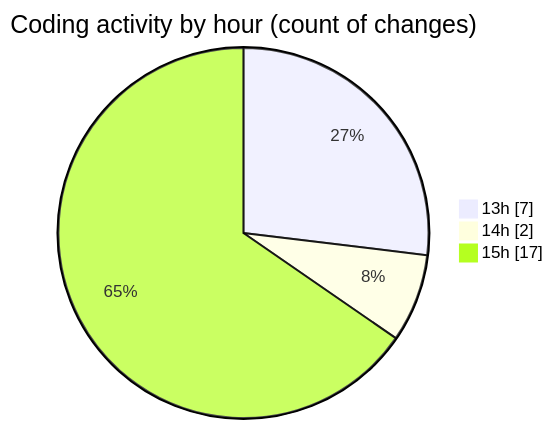
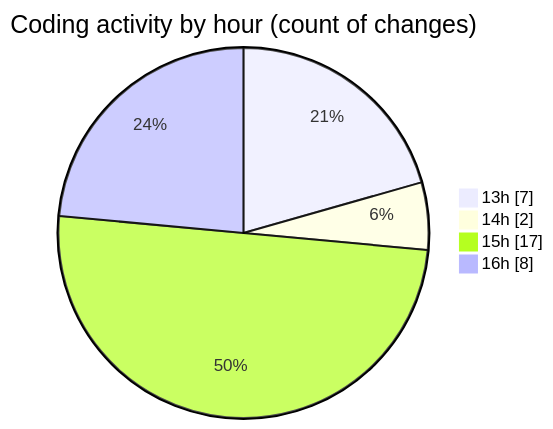
One commit to charlie-sans/code-tracking changed the second of 2 diagrams in 2025-02-24/micros/README.md. Above: the diagram before and after it, drawn with Mermaid. The commit also changed other lines of this file and 1 other file, not shown here.

````diff
--- a/2025-02-24/micros/README.md
+++ b/2025-02-24/micros/README.md
@@ -38,7 +40,8 @@
 ```mermaid
 pie showData
 title Coding activity by hour (count of changes)
 "13h" : 7
 "14h" : 2
 "15h" : 17
+"16h" : 8
 ```
````
